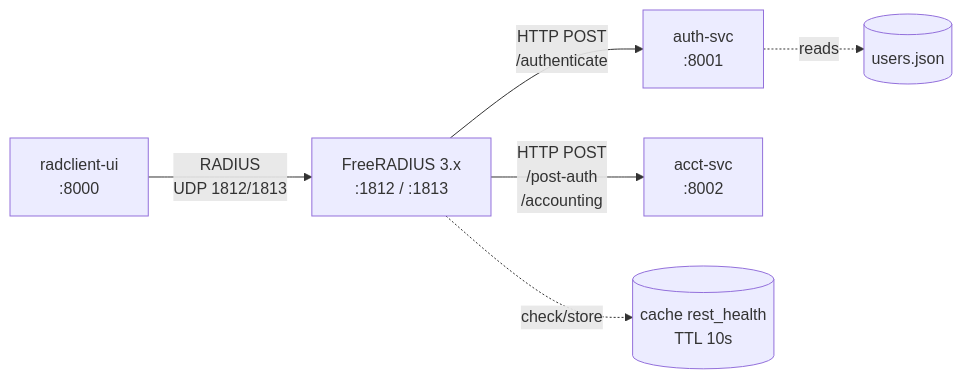
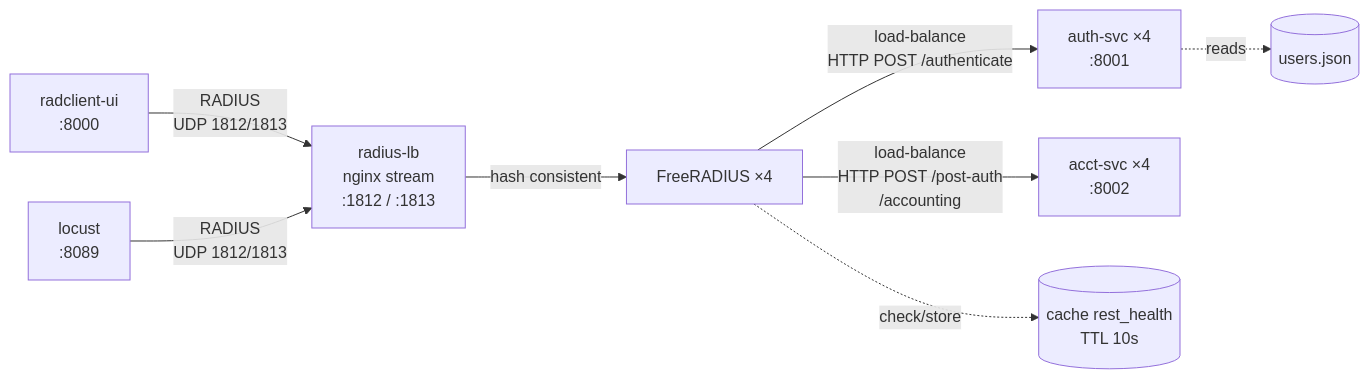
One commit to Work-Systems-Ltd/freeradius-http-auth changed the first of 8 diagrams in README.md. Above: the diagram before and after it, drawn with Mermaid. The commit also changed other lines of this file, not shown here.

Commit message:
refactor: update architecture and request flow in README for improved clarity on load balancing and service interactions

````diff
--- a/README.md
+++ b/README.md
@@ -9,8 +9,10 @@
 ```mermaid
 graph LR
-    RC[radclient-ui<br/>:8000] -- "RADIUS<br/>UDP 1812/1813" --> FR[FreeRADIUS 3.x<br/>:1812 / :1813]
-    FR -- "HTTP POST<br/>/authenticate" --> AS[auth-svc<br/>:8001]
-    FR -- "HTTP POST<br/>/post-auth<br/>/accounting" --> AC[acct-svc<br/>:8002]
-    FR -. "check/store" .-> CH[(cache rest_health<br/>TTL 10s)]
+    RC[radclient-ui<br/>:8000] -- "RADIUS<br/>UDP 1812/1813" --> LB[radius-lb<br/>nginx stream<br/>:1812 / :1813]
+    LT[locust<br/>:8089] -- "RADIUS<br/>UDP 1812/1813" --> LB
+    LB -- "hash consistent" --> FR1[FreeRADIUS ×4]
+    FR1 -- "load-balance<br/>HTTP POST /authenticate" --> AS[auth-svc ×4<br/>:8001]
+    FR1 -- "load-balance<br/>HTTP POST /post-auth<br/>/accounting" --> AC[acct-svc ×4<br/>:8002]
+    FR1 -. "check/store" .-> CH[(cache rest_health<br/>TTL 10s)]
     AS -. "reads" .-> UJ[(users.json)]
 ```
````
